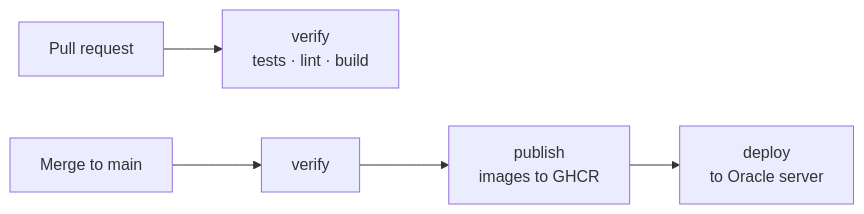
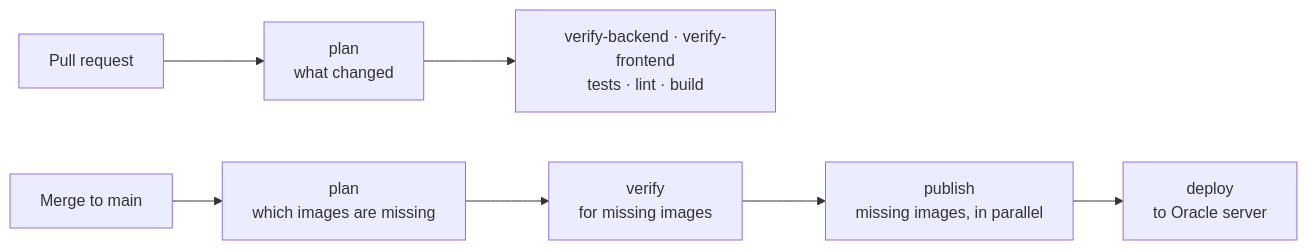
The diagram in docs/deployment.md (moomaideng/eventory), drawn with Mermaid before and after one commit. The commit also changed other lines of this file and 4 other files, not shown here.

First line of the commit message:
ci: build and deploy only images whose inputs changed (#255)

````diff
--- a/docs/deployment.md
+++ b/docs/deployment.md
@@ -14,5 +14,5 @@
 ```mermaid
 flowchart LR
-    PR["Pull request"] --> V["verify<br/>tests · lint · build"]
-    M["Merge to main"] --> V2["verify"] --> P["publish<br/>images to GHCR"] --> D["deploy<br/>to Oracle server"]
+    PR["Pull request"] --> PL["plan<br/>what changed"] --> V["verify-backend · verify-frontend<br/>tests · lint · build"]
+    M["Merge to main"] --> PL2["plan<br/>which images are missing"] --> V2["verify<br/>for missing images"] --> P["publish<br/>missing images, in parallel"] --> D["deploy<br/>to Oracle server"]
 ```
````
